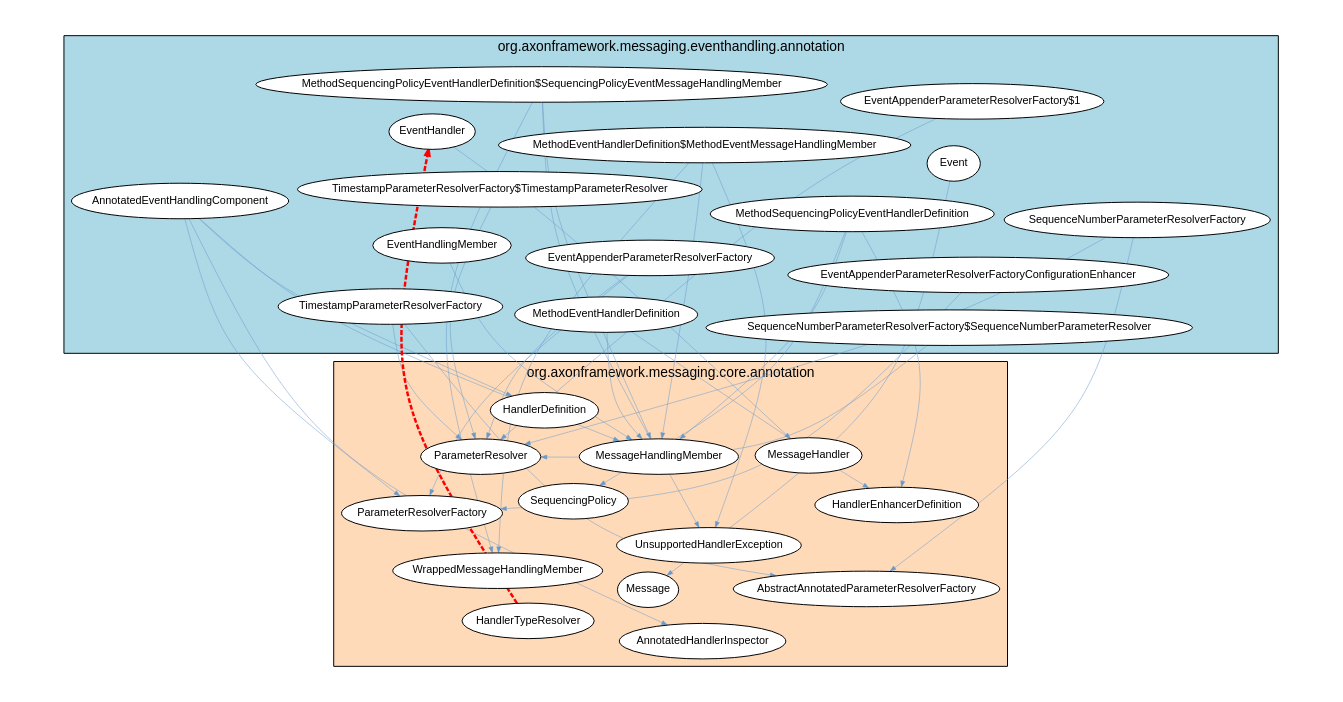
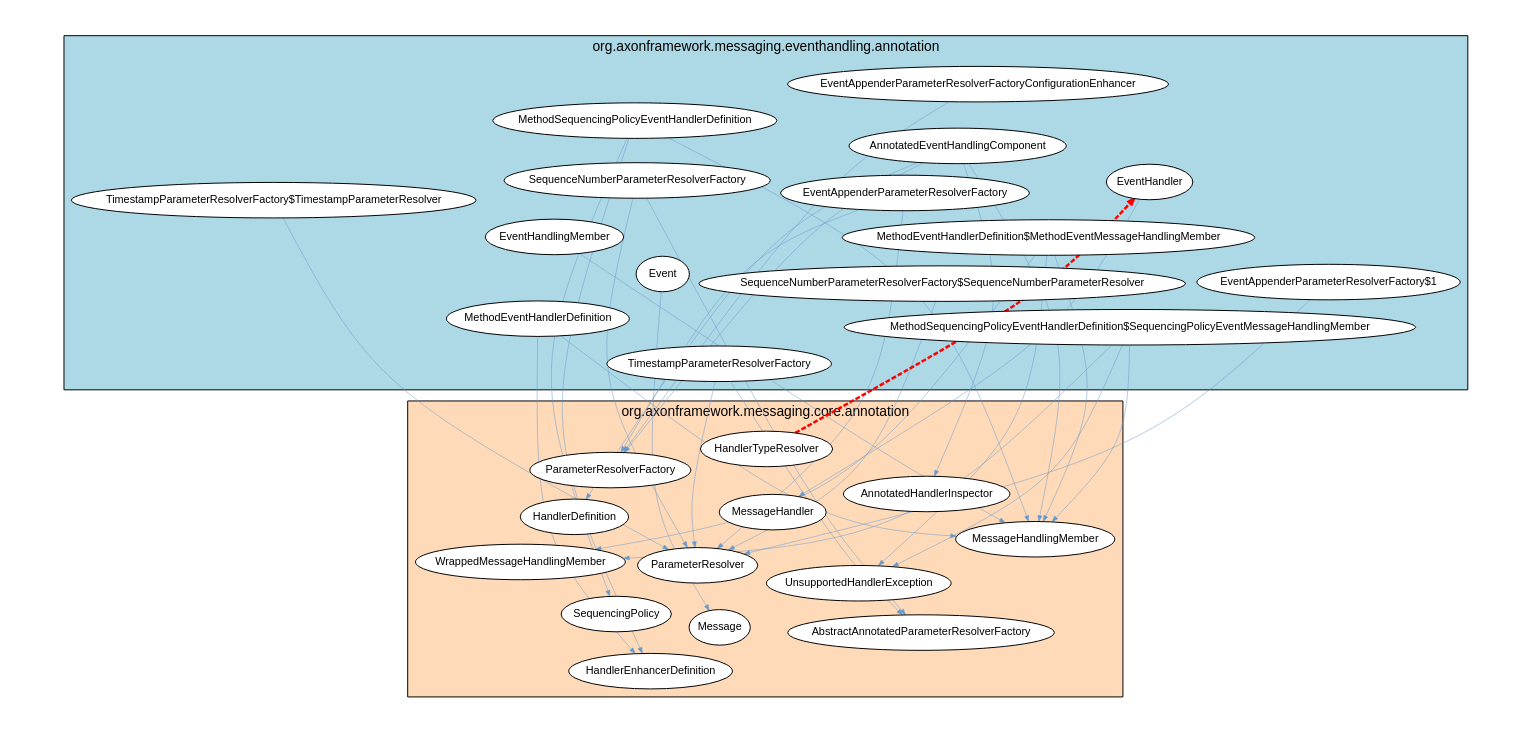
The diagram in analysis-results/AxonFramework/latest/cyclic-dependencies/Java_Package/Graph_Visualizations/graphviz/JavaPackageCyclicDependencies3.gv (JohT/code-graph-analysis-examples), drawn with Graphviz before and after one commit. The commit also changed other lines of this file and 987 other files, not shown here.

```diff
--- a/analysis-results/AxonFramework/latest/cyclic-dependencies/Java_Package/Graph_Visualizations/graphviz/JavaPackageCyclicDependencies3.gv
+++ b/analysis-results/AxonFramework/latest/cyclic-dependencies/Java_Package/Graph_Visualizations/graphviz/JavaPackageCyclicDependencies3.gv
@@ -1,77 +1,77 @@
 strict digraph cycle {
     graph [layout = "fdp"; start = "7"; splines = "curved"; pad = "0.8,0.4"; outputorder = "edgesfirst";];
     graph [fontname = "Helvetica,Arial,sans-serif"; labelloc = "t";];
     node [fontname = "Helvetica,Arial,sans-serif"; style = "filled"; fillcolor = "white";];
     node [fontsize = 11; margin = "0.05,0.05";];
     edge [fontsize = 9; arrowsize = "0.6";];
 
     subgraph cluster_package {
         label="org.axonframework.messaging.eventhandling.annotation";
         style="filled";
         fillcolor="lightblue";
         "MethodEventHandlerDefinition";
+        "TimestampParameterResolverFactory";
         "Event";
-        "TimestampParameterResolverFactory";
+        "SequenceNumberParameterResolverFactory";
         "MethodSequencingPolicyEventHandlerDefinition$SequencingPolicyEventMessageHandlingMember";
-        "SequenceNumberParameterResolverFactory";
         "EventAppenderParameterResolverFactoryConfigurationEnhancer";
+        "SequenceNumberParameterResolverFactory$SequenceNumberParameterResolver";
         "TimestampParameterResolverFactory$TimestampParameterResolver";
-        "SequenceNumberParameterResolverFactory$SequenceNumberParameterResolver";
         "EventHandler";
         "EventAppenderParameterResolverFactory$1";
         "MethodSequencingPolicyEventHandlerDefinition";
         "EventAppenderParameterResolverFactory";
         "EventHandlingMember";
+        "MethodEventHandlerDefinition$MethodEventMessageHandlingMember";
         "AnnotatedEventHandlingComponent";
-        "MethodEventHandlerDefinition$MethodEventMessageHandlingMember";
     }
 
     subgraph cluster_dependent {
         label="org.axonframework.messaging.core.annotation";
         style="filled";
         fillcolor="peachpuff";
         "WrappedMessageHandlingMember";
         "HandlerTypeResolver";
         "MessageHandler";
         "AbstractAnnotatedParameterResolverFactory";
         "ParameterResolver";
         "MessageHandlingMember";
         "ParameterResolverFactory";
         "Message";
         "AnnotatedHandlerInspector";
+        "UnsupportedHandlerException";
         "HandlerDefinition";
-        "UnsupportedHandlerException";
         "HandlerEnhancerDefinition";
         "SequencingPolicy";
     }
 
     "EventAppenderParameterResolverFactory" -> "ParameterResolver" [color="#6699CC"; penwidth="0.5"];
-    "AnnotatedEventHandlingComponent" -> "MessageHandlingMember" [color="#6699CC"; penwidth="0.5"];
     "MethodSequencingPolicyEventHandlerDefinition" -> "MessageHandlingMember" [color="#6699CC"; penwidth="0.5"];
     "MethodSequencingPolicyEventHandlerDefinition" -> "HandlerEnhancerDefinition" [color="#6699CC"; penwidth="0.5"];
+    "AnnotatedEventHandlingComponent" -> "MessageHandlingMember" [color="#6699CC"; penwidth="0.5"];
     "MethodEventHandlerDefinition" -> "HandlerEnhancerDefinition" [color="#6699CC"; penwidth="0.5"];
     "AnnotatedEventHandlingComponent" -> "ParameterResolverFactory" [color="#6699CC"; penwidth="0.5"];
+    "SequenceNumberParameterResolverFactory$SequenceNumberParameterResolver" -> "ParameterResolver" [color="#6699CC"; penwidth="0.5"];
+    "EventHandlingMember" -> "MessageHandlingMember" [color="#6699CC"; penwidth="0.5"];
     "TimestampParameterResolverFactory$TimestampParameterResolver" -> "ParameterResolver" [color="#6699CC"; penwidth="0.5"];
     "AnnotatedEventHandlingComponent" -> "HandlerDefinition" [color="#6699CC"; penwidth="0.5"];
-    "EventHandlingMember" -> "MessageHandlingMember" [color="#6699CC"; penwidth="0.5"];
-    "SequenceNumberParameterResolverFactory$SequenceNumberParameterResolver" -> "ParameterResolver" [color="#6699CC"; penwidth="0.5"];
+    "SequenceNumberParameterResolverFactory" -> "ParameterResolver" [color="#6699CC"; penwidth="0.5"];
+    "EventHandler" -> "MessageHandler" [color="#6699CC"; penwidth="0.5"];
     "MethodSequencingPolicyEventHandlerDefinition$SequencingPolicyEventMessageHandlingMember" -> "UnsupportedHandlerException" [color="#6699CC"; penwidth="0.5"];
     "MethodSequencingPolicyEventHandlerDefinition$SequencingPolicyEventMessageHandlingMember" -> "WrappedMessageHandlingMember" [color="#6699CC"; penwidth="0.5"];
-    "EventHandler" -> "MessageHandler" [color="#6699CC"; penwidth="0.5"];
-    "SequenceNumberParameterResolverFactory" -> "ParameterResolver" [color="#6699CC"; penwidth="0.5"];
     "Event" -> "Message" [color="#6699CC"; penwidth="0.5"];
     "AnnotatedEventHandlingComponent" -> "AnnotatedHandlerInspector" [color="#6699CC"; penwidth="0.5"];
     "EventAppenderParameterResolverFactory" -> "ParameterResolverFactory" [color="#6699CC"; penwidth="0.5"];
     "MethodSequencingPolicyEventHandlerDefinition" -> "SequencingPolicy" [color="#6699CC"; penwidth="0.5"];
+    "MethodEventHandlerDefinition$MethodEventMessageHandlingMember" -> "WrappedMessageHandlingMember" [color="#6699CC"; penwidth="0.5"];
+    "SequenceNumberParameterResolverFactory" -> "AbstractAnnotatedParameterResolverFactory" [color="#6699CC"; penwidth="0.5"];
     "EventAppenderParameterResolverFactoryConfigurationEnhancer" -> "ParameterResolverFactory" [color="#6699CC"; penwidth="0.5"];
-    "SequenceNumberParameterResolverFactory" -> "AbstractAnnotatedParameterResolverFactory" [color="#6699CC"; penwidth="0.5"];
-    "MethodEventHandlerDefinition$MethodEventMessageHandlingMember" -> "WrappedMessageHandlingMember" [color="#6699CC"; penwidth="0.5"];
+    "MethodEventHandlerDefinition$MethodEventMessageHandlingMember" -> "UnsupportedHandlerException" [color="#6699CC"; penwidth="0.5"];
+    "EventAppenderParameterResolverFactory$1" -> "ParameterResolver" [color="#6699CC"; penwidth="0.5"];
     "MethodSequencingPolicyEventHandlerDefinition$SequencingPolicyEventMessageHandlingMember" -> "MessageHandlingMember" [color="#6699CC"; penwidth="0.5"];
-    "EventAppenderParameterResolverFactory$1" -> "ParameterResolver" [color="#6699CC"; penwidth="0.5"];
     "TimestampParameterResolverFactory" -> "ParameterResolver" [color="#6699CC"; penwidth="0.5"];
-    "MethodEventHandlerDefinition$MethodEventMessageHandlingMember" -> "UnsupportedHandlerException" [color="#6699CC"; penwidth="0.5"];
     "MethodEventHandlerDefinition" -> "MessageHandlingMember" [color="#6699CC"; penwidth="0.5"];
+    "MethodEventHandlerDefinition$MethodEventMessageHandlingMember" -> "MessageHandlingMember" [color="#6699CC"; penwidth="0.5"];
     "TimestampParameterResolverFactory" -> "AbstractAnnotatedParameterResolverFactory" [color="#6699CC"; penwidth="0.5"];
-    "MethodEventHandlerDefinition$MethodEventMessageHandlingMember" -> "MessageHandlingMember" [color="#6699CC"; penwidth="0.5"];
     "HandlerTypeResolver" -> "EventHandler" [color="red"; penwidth="2.5"; style="dashed";];
 }
```
